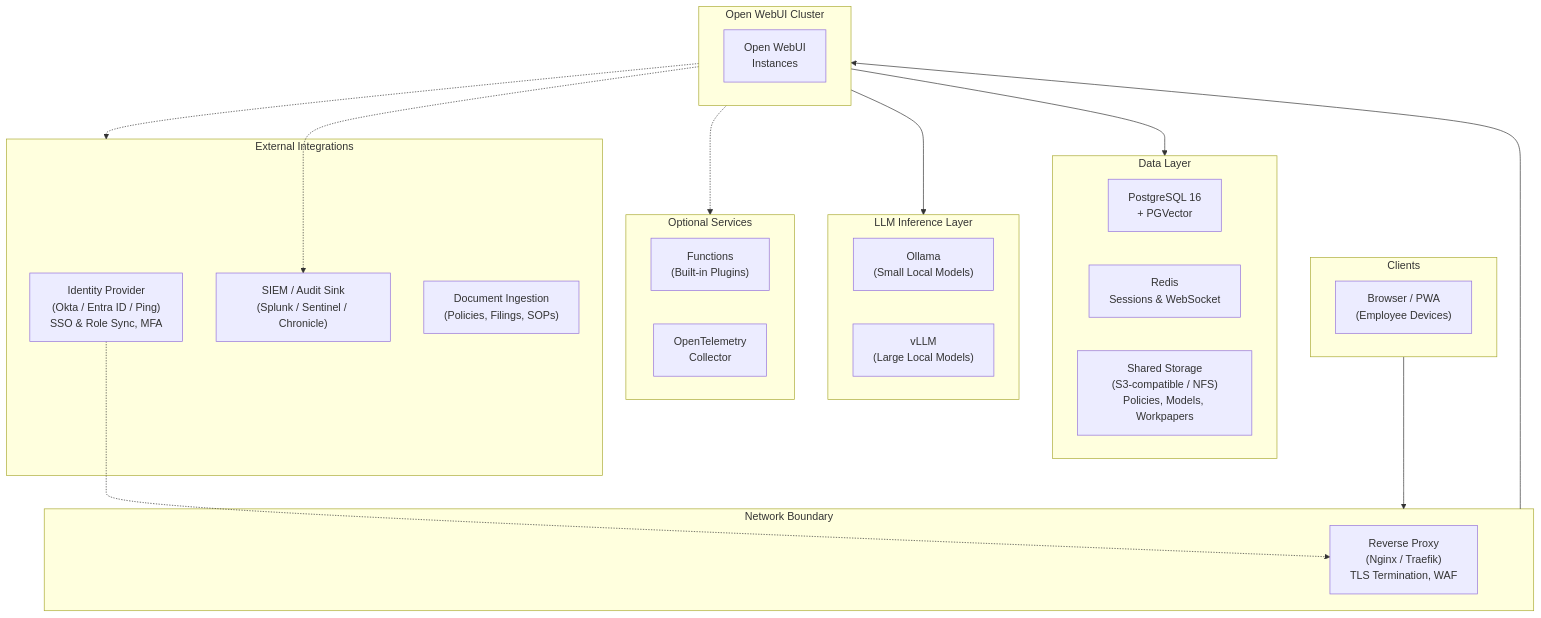
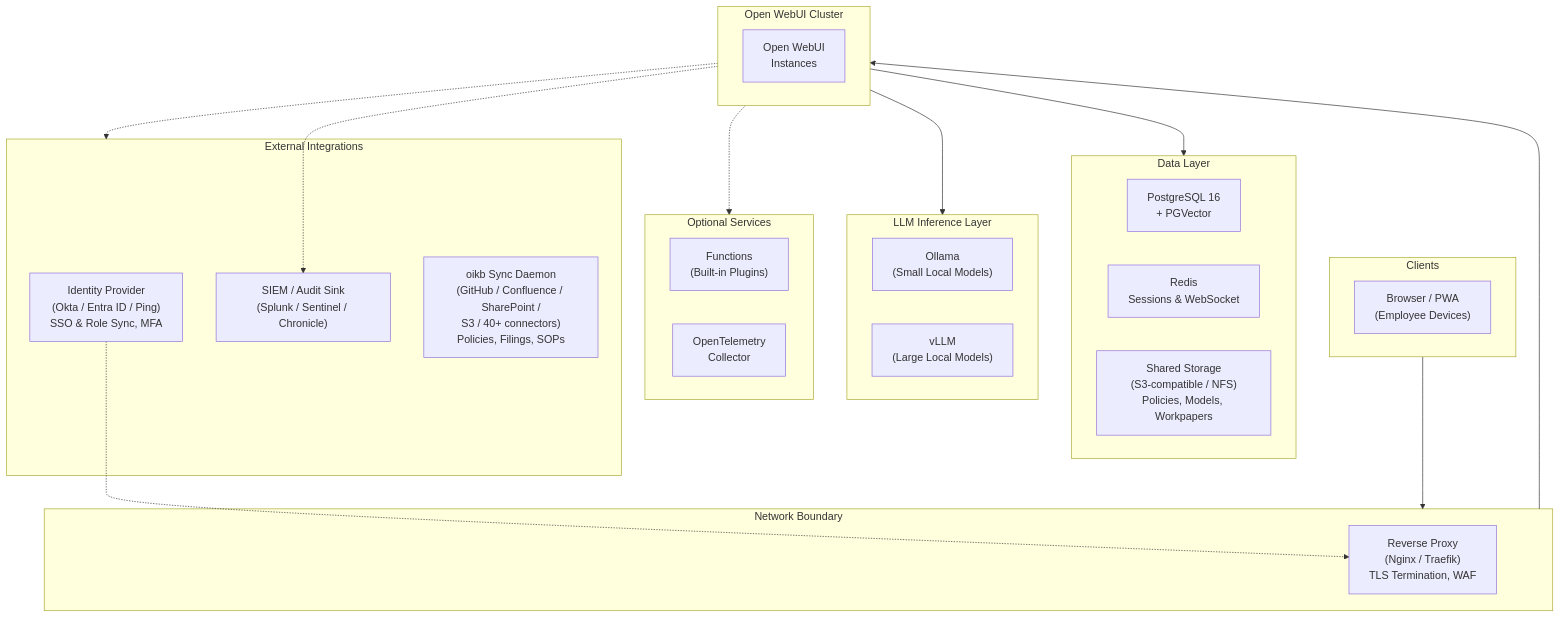
One commit to westbrook-ai/owui-cookbook changed the diagram in blogs/financial-services/article.md. Above: the diagram before and after it, drawn with Mermaid. The commit also changed other lines of this file and 7 other files, not shown here.

````diff
--- a/blogs/financial-services/article.md
+++ b/blogs/financial-services/article.md
@@ -149,45 +149,45 @@
 ```mermaid
 flowchart TB
     subgraph clients["Clients"]
         browser["Browser / PWA<br/>(Employee Devices)"]
     end
 
     subgraph proxy["Network Boundary"]
         lb["Reverse Proxy<br/>(Nginx / Traefik)<br/>TLS Termination, WAF"]
     end
 
     subgraph owui["Open WebUI Cluster"]
         owui1["Open WebUI<br/>Instances"]
     end
 
     subgraph data["Data Layer"]
         pg["PostgreSQL 16<br/>+ PGVector"]
         redis["Redis<br/>Sessions & WebSocket"]
         storage["Shared Storage<br/>(S3-compatible / NFS)<br/>Policies, Models, Workpapers"]
     end
 
     subgraph inference["LLM Inference Layer"]
         ollama["Ollama<br/>(Small Local Models)"]
         vllm["vLLM<br/>(Large Local Models)"]
     end
 
     subgraph optional["Optional Services"]
         functions["Functions<br/>(Built-in Plugins)"]
         otel["OpenTelemetry<br/>Collector"]
     end
 
     subgraph integrations["External Integrations"]
         idp["Identity Provider<br/>(Okta / Entra ID / Ping)<br/>SSO & Role Sync, MFA"]
         siem["SIEM / Audit Sink<br/>(Splunk / Sentinel / Chronicle)"]
-        kb["Document Ingestion<br/>(Policies, Filings, SOPs)"]
+        oikb["oikb Sync Daemon<br/>(GitHub / Confluence / SharePoint /<br/>S3 / 40+ connectors)<br/>Policies, Filings, SOPs"]
     end
 
     clients --> proxy
     proxy --> owui
     owui --> data
     owui --> inference
     owui -.-> optional
     owui -.-> integrations
     idp -.-> lb
     owui -.-> siem
 ```
````
